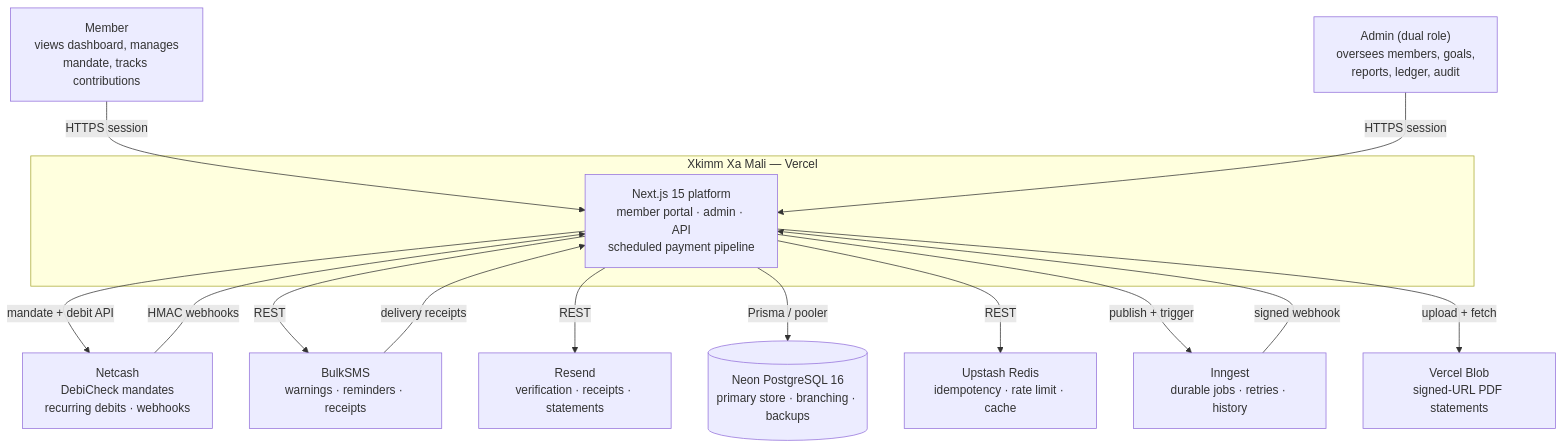
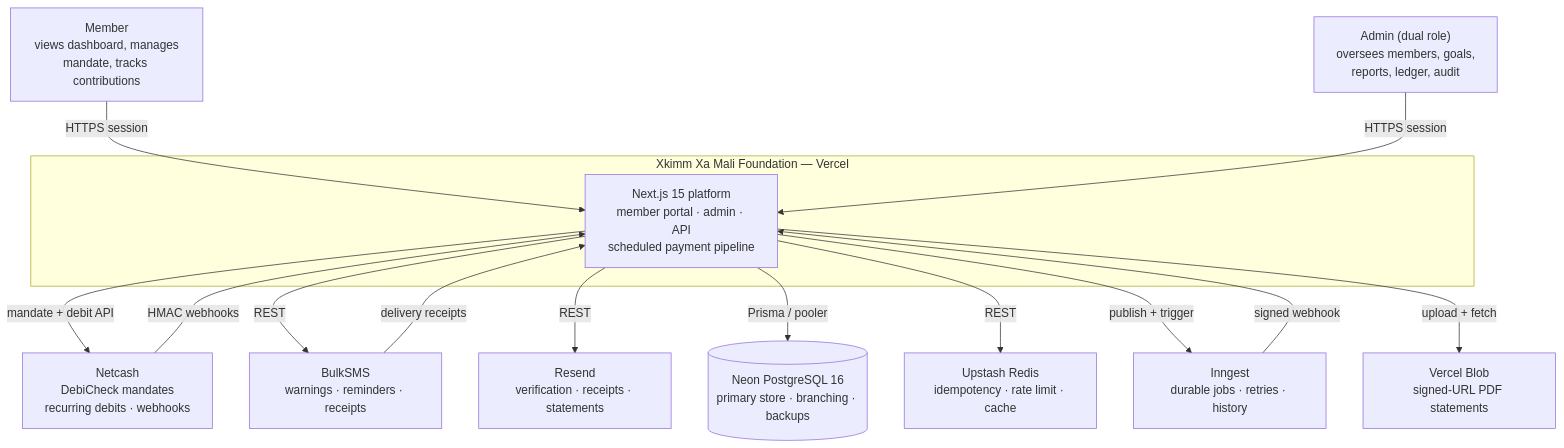
The first of 2 diagrams in docs/architecture/01-system-context.md (KSDRILL-SA/Xkimi-Xa-Mali), drawn with Mermaid before and after one commit. The commit also changed 58 other files, not shown here.

Commit message:
chore: rebrand system name to Xkimm Xa Mali Foundation

````diff
--- a/docs/architecture/01-system-context.md
+++ b/docs/architecture/01-system-context.md
@@ -16,28 +16,28 @@
 ```mermaid
 flowchart TB
     MEMBER["Member<br/>views dashboard, manages<br/>mandate, tracks contributions"]
     ADMIN["Admin (dual role)<br/>oversees members, goals,<br/>reports, ledger, audit"]
 
-    subgraph XXM["Xkimm Xa Mali — Vercel"]
+    subgraph XXM["Xkimm Xa Mali Foundation — Vercel"]
         APP["Next.js 15 platform<br/>member portal · admin · API<br/>scheduled payment pipeline"]
     end
 
     NETCASH["Netcash<br/>DebiCheck mandates<br/>recurring debits · webhooks"]
     BULKSMS["BulkSMS<br/>warnings · reminders · receipts"]
     RESEND["Resend<br/>verification · receipts · statements"]
     NEON[("Neon PostgreSQL 16<br/>primary store · branching · backups")]
     UPSTASH["Upstash Redis<br/>idempotency · rate limit · cache"]
     INNGEST["Inngest<br/>durable jobs · retries · history"]
     BLOB["Vercel Blob<br/>signed-URL PDF statements"]
 
     MEMBER & ADMIN -->|HTTPS session| APP
     APP -->|mandate + debit API| NETCASH
     NETCASH -->|HMAC webhooks| APP
     APP -->|REST| BULKSMS & RESEND
     BULKSMS -->|delivery receipts| APP
     APP -->|Prisma / pooler| NEON
     APP -->|REST| UPSTASH
     APP -->|publish + trigger| INNGEST
     INNGEST -->|signed webhook| APP
     APP -->|upload + fetch| BLOB
 ```
````
